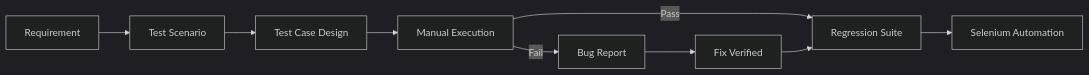
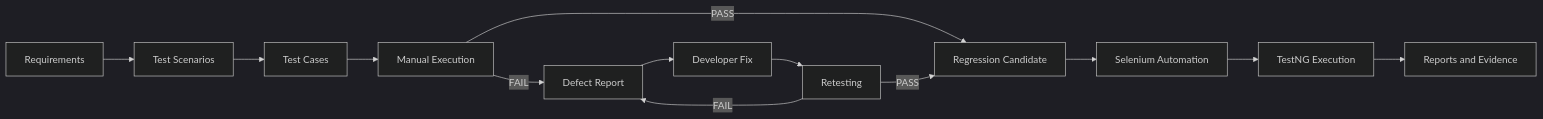
Before and after one commit to Mathubalan18/Mathubalan18: the diagram in README.md, drawn with Mermaid (dark theme). The commit also changed other lines of this file, not shown here.

````diff
--- a/README.md
+++ b/README.md
@@ -148,11 +171,10 @@
 ```mermaid
 flowchart LR
-    A[Requirement] --> B[Test Scenario]
-    B --> C[Test Case Design]
-    C --> D[Manual Execution]
-    D -->|Pass| E[Regression Suite]
-    D -->|Fail| F[Bug Report]
-    F --> G[Fix Verified]
-    G --> E
-    E --> H[Selenium Automation]
+    A[Requirements] --> B[Test Scenarios] --> C[Test Cases] --> D[Manual Execution]
+    D -->|PASS| E[Regression Candidate]
+    D -->|FAIL| I[Defect Report]
+    I --> J[Developer Fix] --> K[Retesting]
+    K -->|PASS| E
+    K -->|FAIL| I
+    E --> F[Selenium Automation] --> G[TestNG Execution] --> H[Reports and Evidence]
 ```
````
